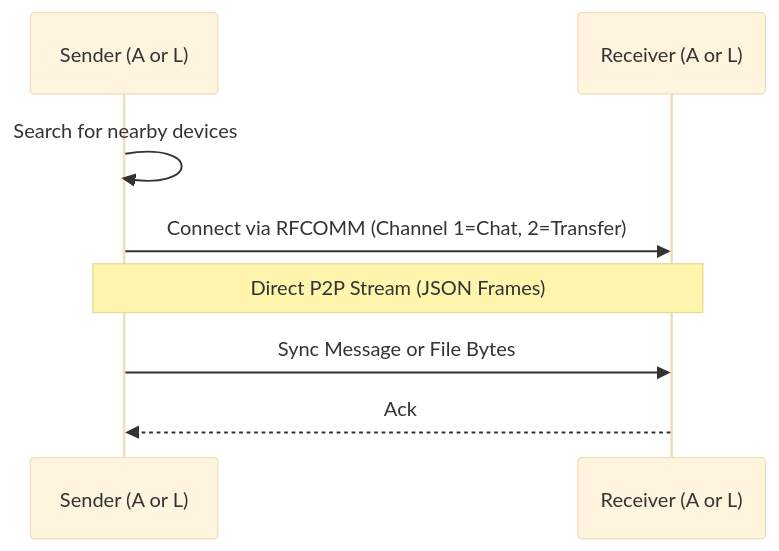
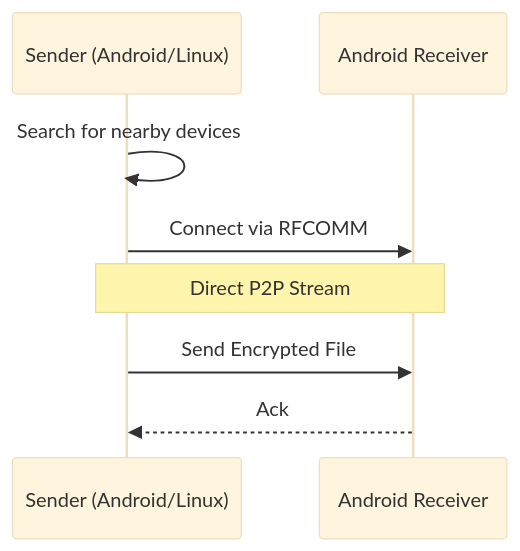
One commit to dontloseyourheadsu/BinaryStars changed the fourth of 4 diagrams in README.md. Above: the diagram before and after it, drawn with Mermaid (base theme). The commit also changed other lines of this file and 1 other file, not shown here.

Commit message:
Fix documentation misses

````diff
--- a/README.md
+++ b/README.md
@@ -146,10 +148,10 @@
 ```mermaid
 sequenceDiagram
-    participant S as Sender (A or L)
-    participant T as Receiver (A or L)
+    participant S as Sender (Android/Linux)
+    participant R as Android Receiver
     S->>S: Search for nearby devices
-    S->>T: Connect via RFCOMM (Channel 1=Chat, 2=Transfer)
-    Note over S,T: Direct P2P Stream (JSON Frames)
-    S->>T: Sync Message or File Bytes
-    T-->>S: Ack
+    S->>R: Connect via RFCOMM
+    Note over S,R: Direct P2P Stream
+    S->>R: Send Encrypted File
+    R-->>S: Ack
 ```
````
